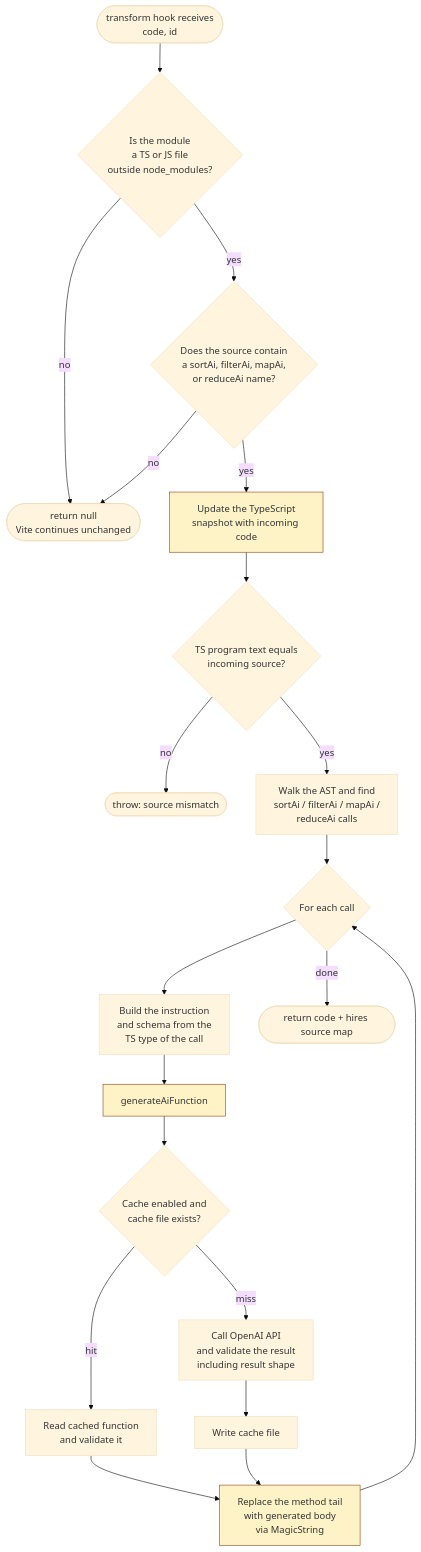
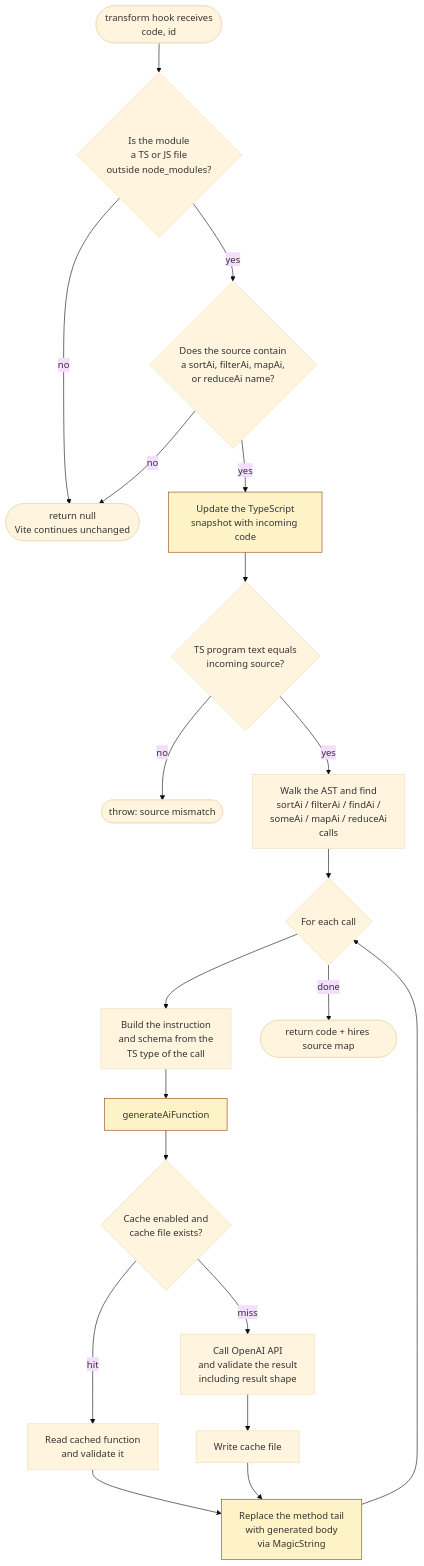
Before and after one commit to rand0mC0d3r/ai-lambda: the second of 4 diagrams in packages/vite-plugin/docs/architecture.md, drawn with Mermaid (base theme). The commit also changed other lines of this file and 9 other files, not shown here.

````diff
--- a/packages/vite-plugin/docs/architecture.md
+++ b/packages/vite-plugin/docs/architecture.md
@@ -47,26 +47,26 @@
 ```mermaid
 flowchart TD
     T([transform hook receives<br/>code, id]) --> U{Is the module<br/>a TS or JS file<br/>outside node_modules?}
     U -->|no| P1([return null<br/>Vite continues unchanged])
     U -->|yes| V{Does the source contain<br/>a sortAi, filterAi, mapAi,<br/>or reduceAi name?}
     V -->|no| P1
     V -->|yes| W[Update the TypeScript<br/>snapshot with incoming code]
     W --> X{TS program text equals<br/>incoming source?}
     X -->|no| ERR1([throw: source mismatch])
-    X -->|yes| Y[Walk the AST and find<br/>sortAi / filterAi / mapAi /<br/>reduceAi calls]
+    X -->|yes| Y[Walk the AST and find<br/>sortAi / filterAi / findAi /<br/>someAi / mapAi / reduceAi<br/>calls]
     Y --> Z{For each call}
     Z --> AA[Build the instruction<br/>and schema from the<br/>TS type of the call]
     AA --> AB[generateAiFunction]
     AB --> AC{Cache enabled and<br/>cache file exists?}
     AC -->|hit| AD[Read cached function<br/>and validate it]
     AC -->|miss| AE[Call OpenAI API<br/>and validate the result<br/>including result shape]
     AE --> AF[Write cache file]
     AD --> AG[Replace the method tail<br/>with generated body<br/>via MagicString]
     AF --> AG
     AG --> Z
     Z -->|done| AH([return code + hires source map])
 
     style W fill:#fef3c7,stroke:#92400e
     style AB fill:#fef3c7,stroke:#92400e
     style AG fill:#fef3c7,stroke:#92400e
 ```
````
